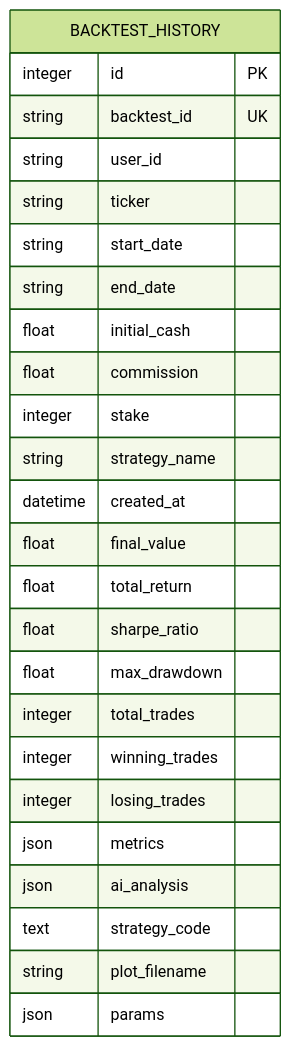
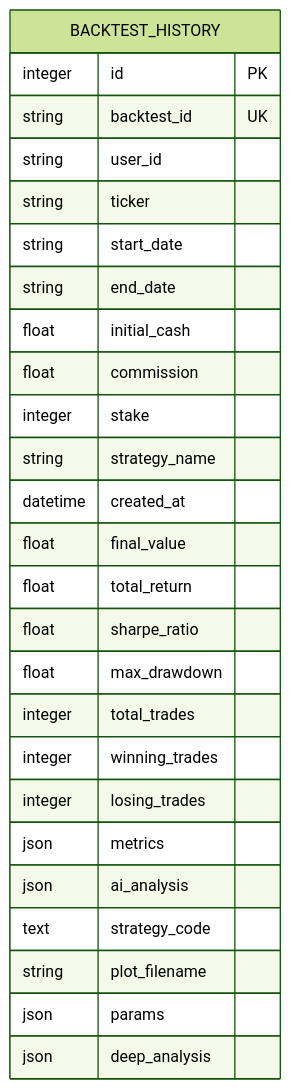
Before and after one commit to faryhuo/backtrader: the fifth of 7 diagrams in .qoder/repowiki/zh/content/核心功能详解/策略回测系统.md, drawn with Mermaid (forest theme). The commit also changed other lines of this file and 7 other files, not shown here.

````diff
--- a/.qoder/repowiki/zh/content/核心功能详解/策略回测系统.md
+++ b/.qoder/repowiki/zh/content/核心功能详解/策略回测系统.md
@@ -212,28 +241,29 @@
 ```mermaid
 erDiagram
 BACKTEST_HISTORY {
 integer id PK
 string backtest_id UK
 string user_id
 string ticker
 string start_date
 string end_date
 float initial_cash
 float commission
 integer stake
 string strategy_name
 datetime created_at
 float final_value
 float total_return
 float sharpe_ratio
 float max_drawdown
 integer total_trades
 integer winning_trades
 integer losing_trades
 json metrics
 json ai_analysis
 text strategy_code
 string plot_filename
 json params
+json deep_analysis
 }
 ```
````
